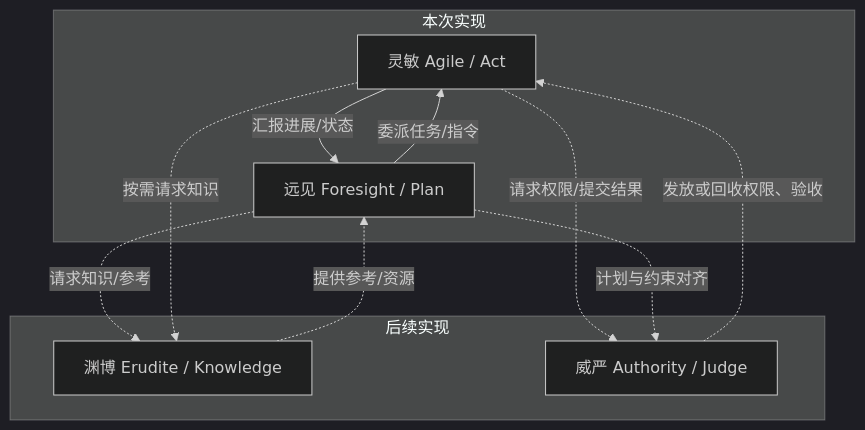
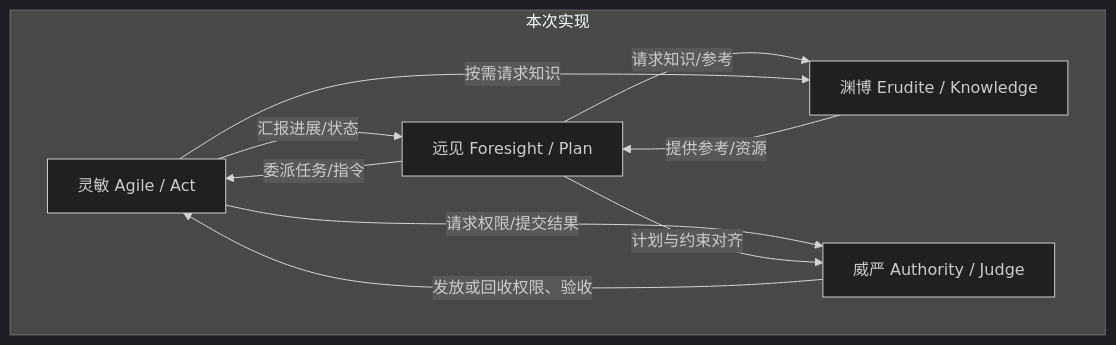
The diagram in docs/architecture.md (NoDeskAI/genehub), drawn with Mermaid (dark theme) before and after one commit. The commit also changed other lines of this file and 24 other files, not shown here.

````diff
--- a/docs/architecture.md
+++ b/docs/architecture.md
@@ -216,21 +216,18 @@
 ```mermaid
 graph TD
     subgraph implemented [本次实现]
         Agile["灵敏 Agile / Act"]
         Foresight["远见 Foresight / Plan"]
-    end
-
-    subgraph planned [后续实现]
         Erudite["渊博 Erudite / Knowledge"]
         Authority["威严 Authority / Judge"]
     end
 
     Foresight -->|"委派任务/指令"| Agile
     Agile -->|"汇报进展/状态"| Foresight
-    Foresight -.->|"请求知识/参考"| Erudite
-    Erudite -.->|"提供参考/资源"| Foresight
-    Agile -.->|"按需请求知识"| Erudite
-    Agile -.->|"请求权限/提交结果"| Authority
-    Authority -.->|"发放或回收权限、验收"| Agile
-    Foresight -.->|"计划与约束对齐"| Authority
+    Foresight -->|"请求知识/参考"| Erudite
+    Erudite -->|"提供参考/资源"| Foresight
+    Agile -->|"按需请求知识"| Erudite
+    Agile -->|"请求权限/提交结果"| Authority
+    Authority -->|"发放或回收权限、验收"| Agile
+    Foresight -->|"计划与约束对齐"| Authority
 ```
````
